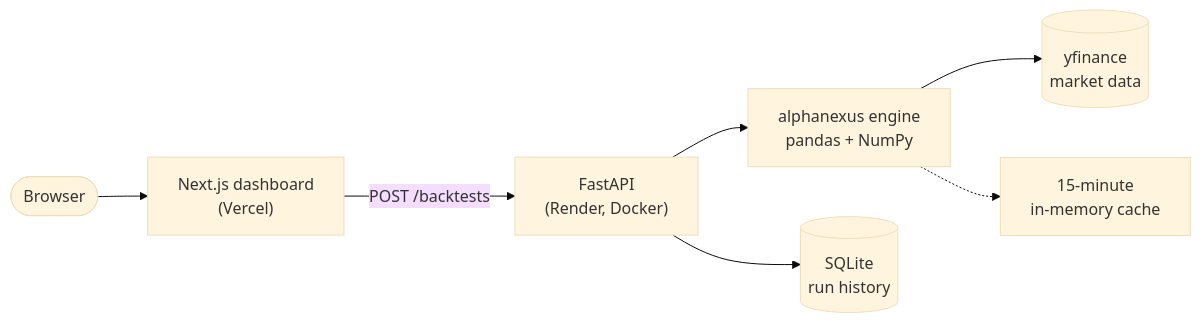
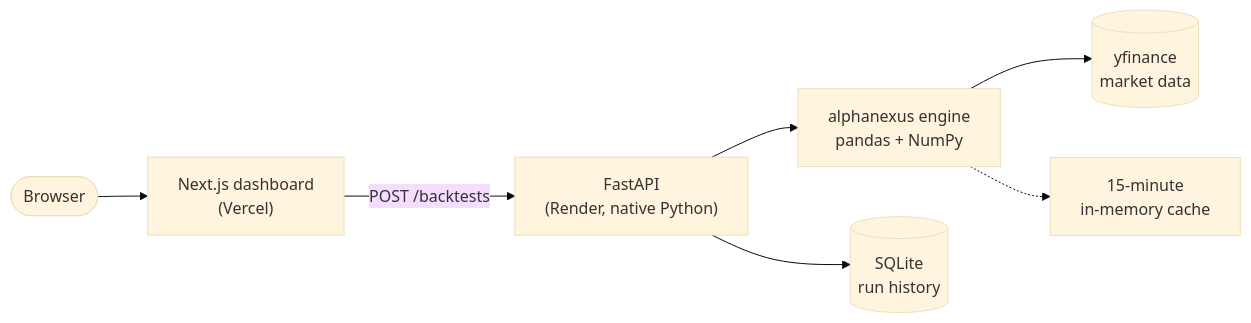
The first of 3 diagrams in README.md (TJA0308/AlphaNexus), drawn with Mermaid (base theme) before and after one commit. The commit also changed other lines of this file and 49 other files, not shown here.

````diff
--- a/README.md
+++ b/README.md
@@ -47,9 +47,9 @@
 ```mermaid
 flowchart LR
     U([Browser]) --> W["Next.js dashboard<br/>(Vercel)"]
-    W -- "POST /backtests" --> A["FastAPI<br/>(Render, Docker)"]
+    W -- "POST /backtests" --> A["FastAPI<br/>(Render, native Python)"]
     A --> E["alphanexus engine<br/>pandas + NumPy"]
     E --> Y[("yfinance<br/>market data")]
     A --> S[("SQLite<br/>run history")]
     E -.-> C["15-minute<br/>in-memory cache"]
 ```
````
